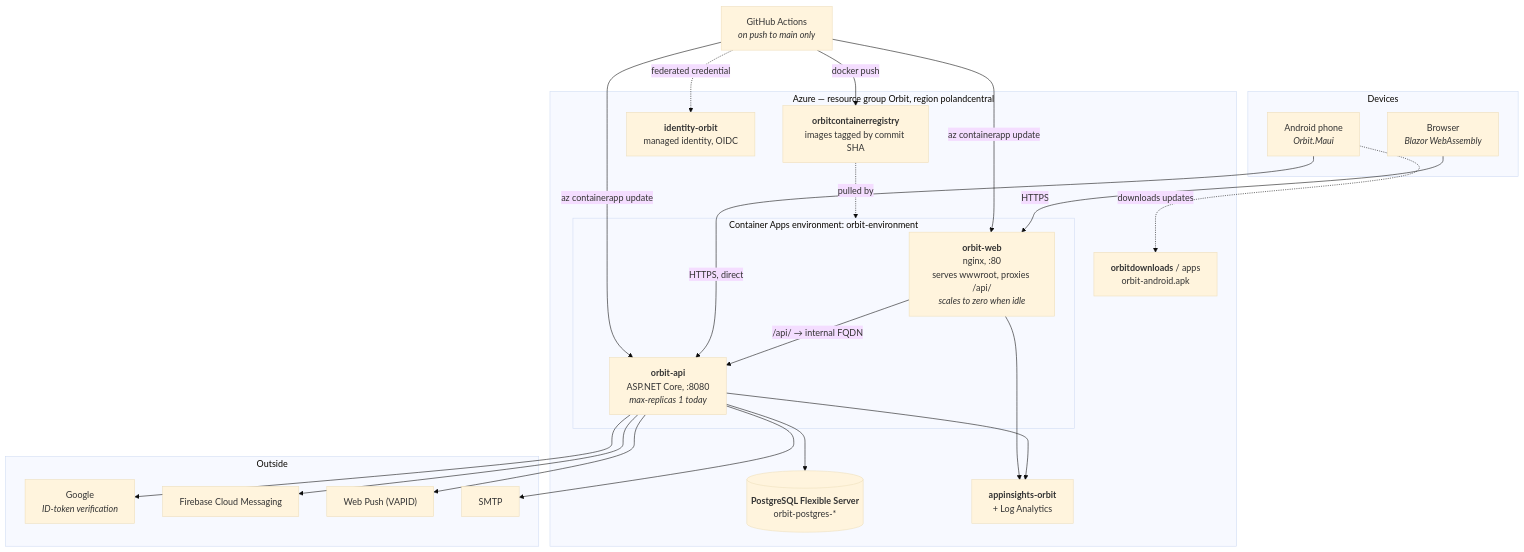
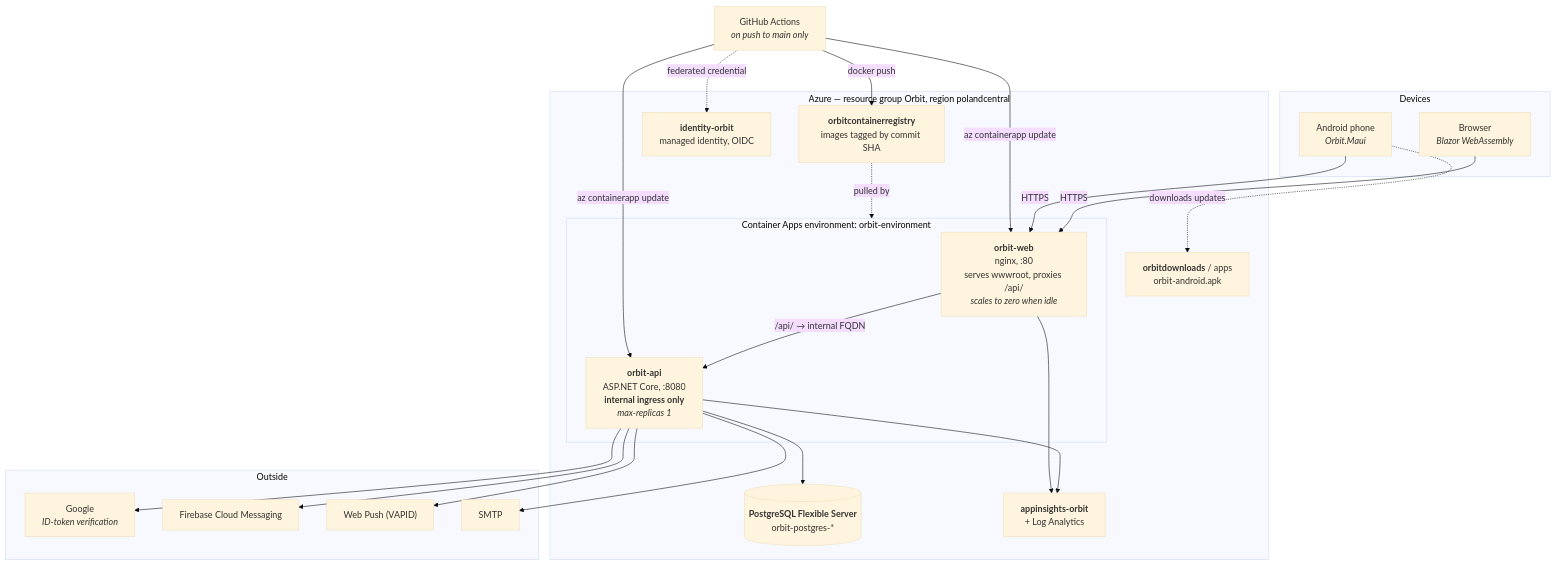
One commit to NorArax-NeflinOwl/orbit changed the first of 2 diagrams in info/uml/deployment.md. Above: the diagram before and after it, drawn with Mermaid (base theme). The commit also changed other lines of this file and 1 other file, not shown here.

````diff
--- a/info/uml/deployment.md
+++ b/info/uml/deployment.md
@@ -5,47 +5,47 @@
 ```mermaid
 flowchart TB
     subgraph devices["Devices"]
         browser["Browser<br/><i>Blazor WebAssembly</i>"]
         phone["Android phone<br/><i>Orbit.Maui</i>"]
     end
 
     subgraph azure["Azure — resource group Orbit, region polandcentral"]
         subgraph env["Container Apps environment: orbit-environment"]
             web["<b>orbit-web</b><br/>nginx, :80<br/>serves wwwroot, proxies /api/<br/><i>scales to zero when idle</i>"]
-            api["<b>orbit-api</b><br/>ASP.NET Core, :8080<br/><i>max-replicas 1 today</i>"]
+            api["<b>orbit-api</b><br/>ASP.NET Core, :8080<br/><b>internal ingress only</b><br/><i>max-replicas 1</i>"]
         end
         pg[("<b>PostgreSQL Flexible Server</b><br/>orbit-postgres-*")]
         acr["<b>orbitcontainerregistry</b><br/>images tagged by commit SHA"]
         blob["<b>orbitdownloads</b> / apps<br/>orbit-android.apk"]
         insights["<b>appinsights-orbit</b><br/>+ Log Analytics"]
         identity["<b>identity-orbit</b><br/>managed identity, OIDC"]
     end
 
     subgraph outside["Outside"]
         google["Google<br/><i>ID-token verification</i>"]
         fcm["Firebase Cloud Messaging"]
         vapid["Web Push (VAPID)"]
         smtp["SMTP"]
     end
 
     gh["GitHub Actions<br/><i>on push to main only</i>"]
 
     browser -->|HTTPS| web
+    phone -->|HTTPS| web
     web -->|"/api/ → internal FQDN"| api
-    phone -->|HTTPS, direct| api
     phone -.->|downloads updates| blob
 
     api --> pg
     api --> insights
     api --> google
     api --> fcm
     api --> vapid
     api --> smtp
     web --> insights
 
     gh -->|docker push| acr
     gh -->|az containerapp update| web
     gh -->|az containerapp update| api
     gh -.->|federated credential| identity
     acr -.->|pulled by| env
 ```
````
